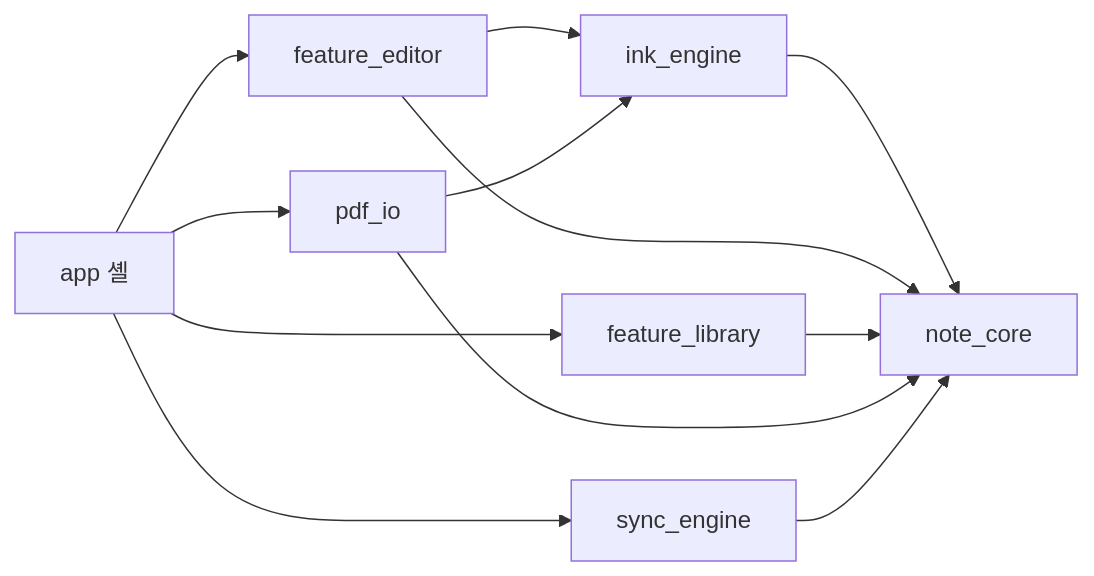
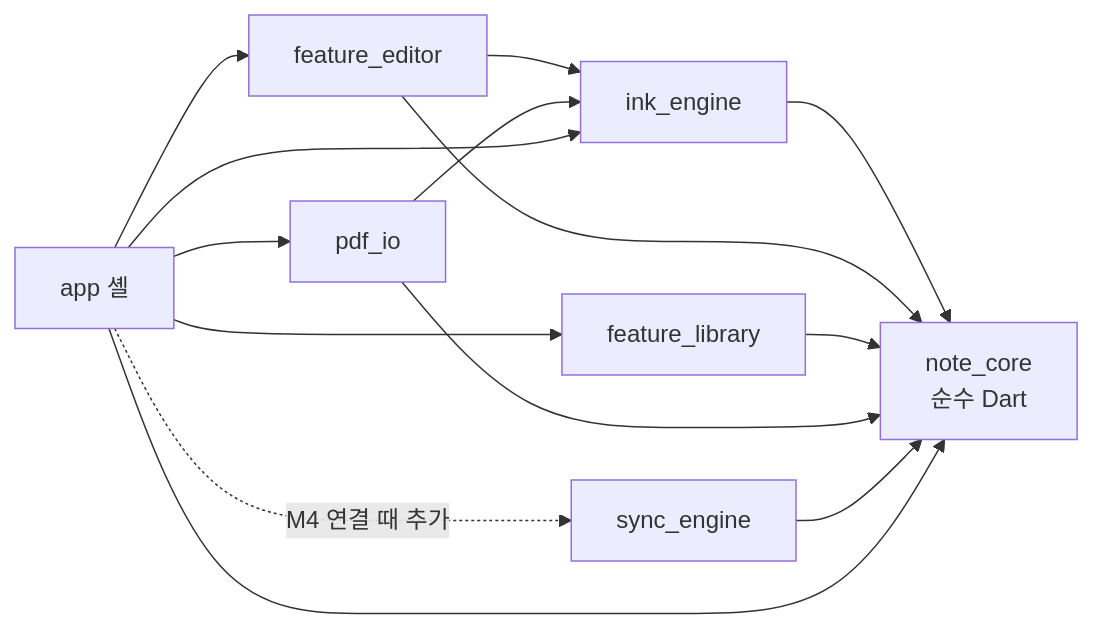
Before and after one commit to youngduckcrab/noteapp: the diagram in docs/plans/00-overview.md, drawn with Mermaid. The commit also changed other lines of this file and 8 other files, not shown here.

````diff
--- a/docs/plans/00-overview.md
+++ b/docs/plans/00-overview.md
@@ -32,15 +32,17 @@
 ```mermaid
 flowchart LR
-  core[note_core]
+  core[note_core<br/>순수 Dart]
   ink[ink_engine] --> core
   editor[feature_editor] --> ink
   editor --> core
   library[feature_library] --> core
   pdf[pdf_io] --> core
   pdf --> ink
   sync[sync_engine] --> core
   app[app 셸] --> editor
   app --> library
   app --> pdf
-  app --> sync
+  app --> ink
+  app --> core
+  app -.->|M4 연결 때 추가| sync
 ```
````
